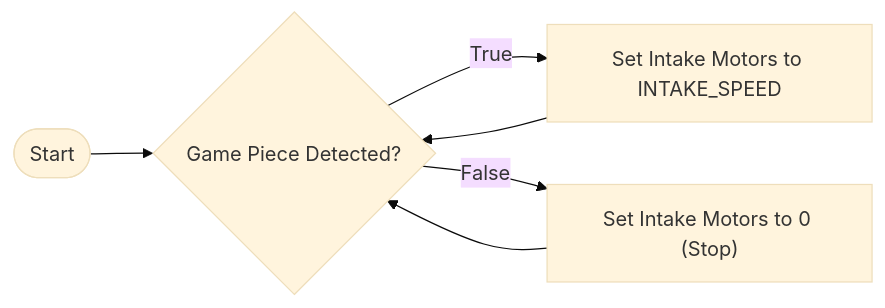
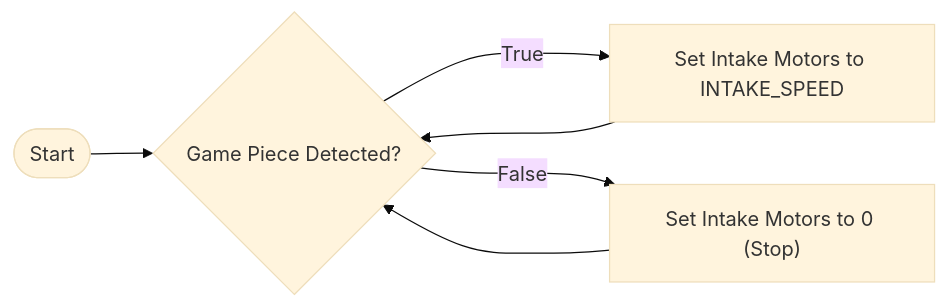
One commit to AgincourtSkunkworks/FRCDocs changed the second of 2 diagrams in docs/programming/control-algorithms/bang-bang.md. Above: the diagram before and after it, drawn with Mermaid (base theme). The commit also changed other lines of this file and 6 other files, not shown here.

````diff
--- a/docs/programming/control-algorithms/bang-bang.md
+++ b/docs/programming/control-algorithms/bang-bang.md
@@ -35,8 +39,8 @@
 ```mermaid
 graph LR
   s([Start]) --> c{Game Piece Detected?}
-  c --> |True| ta[Set Intake Motors to INTAKE_SPEED]
-  ta --> c
-  c --> |False| tb["Set Intake Motors to 0 (Stop)"]
-  tb --> c
+  c ---> |True| ta[Set Intake Motors to INTAKE_SPEED]
+  ta ---> c
+  c ---> |False| tb["Set Intake Motors to 0 (Stop)"]
+  tb ---> c
 ```
````
